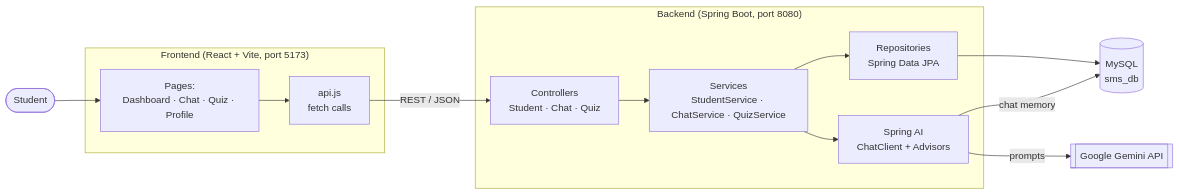
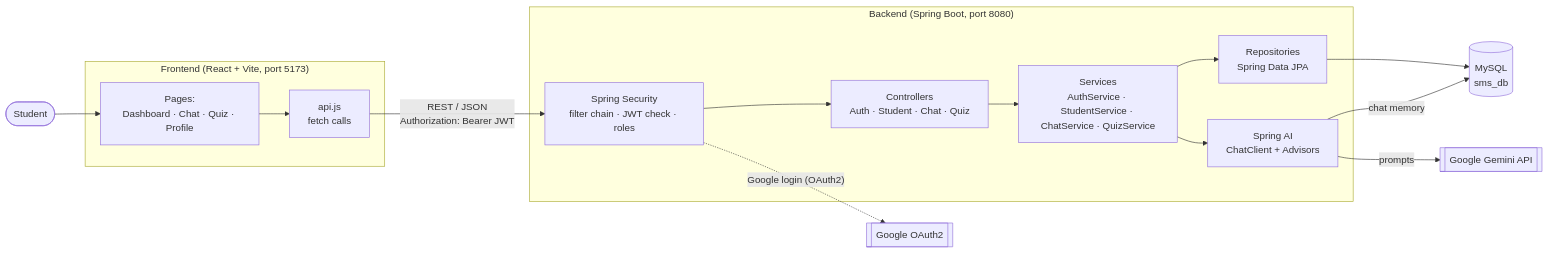
Before and after one commit to sksahabaz/java-mentor-ai: the first of 4 diagrams in README.md, drawn with Mermaid. The commit also changed other lines of this file, not shown here.

Commit message:
docs: document Spring Security (JWT, refresh tokens, roles, Google OAuth2) in README

````diff
--- a/README.md
+++ b/README.md
@@ -101,20 +106,22 @@
 ```mermaid
 flowchart LR
     U([Student]) --> R
 
     subgraph FE["Frontend (React + Vite, port 5173)"]
         R[Pages:<br/>Dashboard · Chat · Quiz · Profile] --> A[api.js<br/>fetch calls]
     end
 
-    A -- "REST / JSON" --> C
+    A -- "REST / JSON<br/>Authorization: Bearer JWT" --> F
 
     subgraph BE["Backend (Spring Boot, port 8080)"]
-        C[Controllers<br/>Student · Chat · Quiz] --> S[Services<br/>StudentService · ChatService · QuizService]
+        F[Spring Security<br/>filter chain · JWT check · roles] --> C
+        C[Controllers<br/>Auth · Student · Chat · Quiz] --> S[Services<br/>AuthService · StudentService · ChatService · QuizService]
         S --> RP[Repositories<br/>Spring Data JPA]
         S --> CC[Spring AI<br/>ChatClient + Advisors]
     end
 
     RP --> DB[(MySQL<br/>sms_db)]
     CC -- "chat memory" --> DB
     CC -- "prompts" --> G[[Google Gemini API]]
+    F -. "Google login (OAuth2)" .-> GO[[Google OAuth2]]
 ```
````
